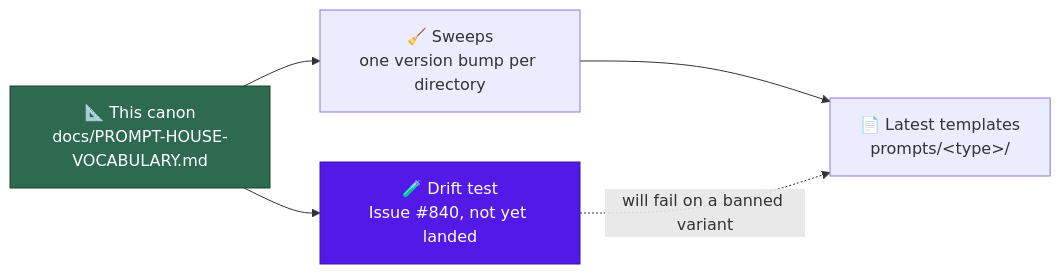
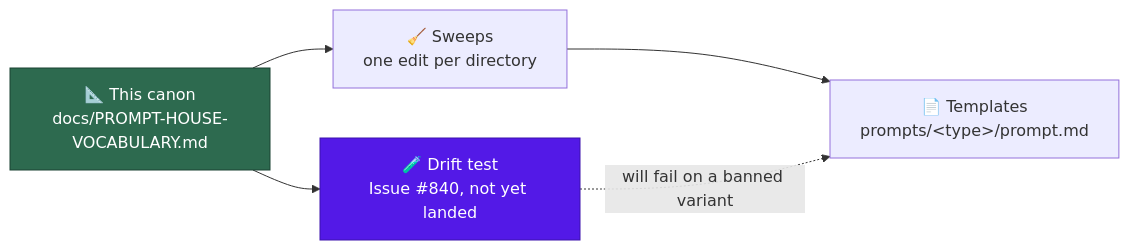
The diagram in docs/PROMPT-HOUSE-VOCABULARY.md (stSoftwareAU/VibeCoder), drawn with Mermaid before and after one commit. The commit also changed other lines of this file, not shown here.

First line of the commit message:
Bring the canon's own mechanism in step with Issue #844 (Issue #838)

````diff
--- a/docs/PROMPT-HOUSE-VOCABULARY.md
+++ b/docs/PROMPT-HOUSE-VOCABULARY.md
@@ -16,9 +16,9 @@
 ```mermaid
 flowchart LR
-    A["📐 This canon<br/>docs/PROMPT-HOUSE-VOCABULARY.md"] --> B["🧹 Sweeps<br/>one version bump per directory"]
-    B --> C["📄 Latest templates<br/>prompts/&lt;type&gt;/"]
+    A["📐 This canon<br/>docs/PROMPT-HOUSE-VOCABULARY.md"] --> B["🧹 Sweeps<br/>one edit per directory"]
+    B --> C["📄 Templates<br/>prompts/&lt;type&gt;/prompt.md"]
     A --> D["🧪 Drift test<br/>Issue #840, not yet landed"]
     D -. "will fail on a banned variant" .-> C
     style A fill:#2d6a4f,stroke:#1b4332,color:#fff
     style D fill:#5319e7,stroke:#3d13ad,color:#fff
 ```
````
